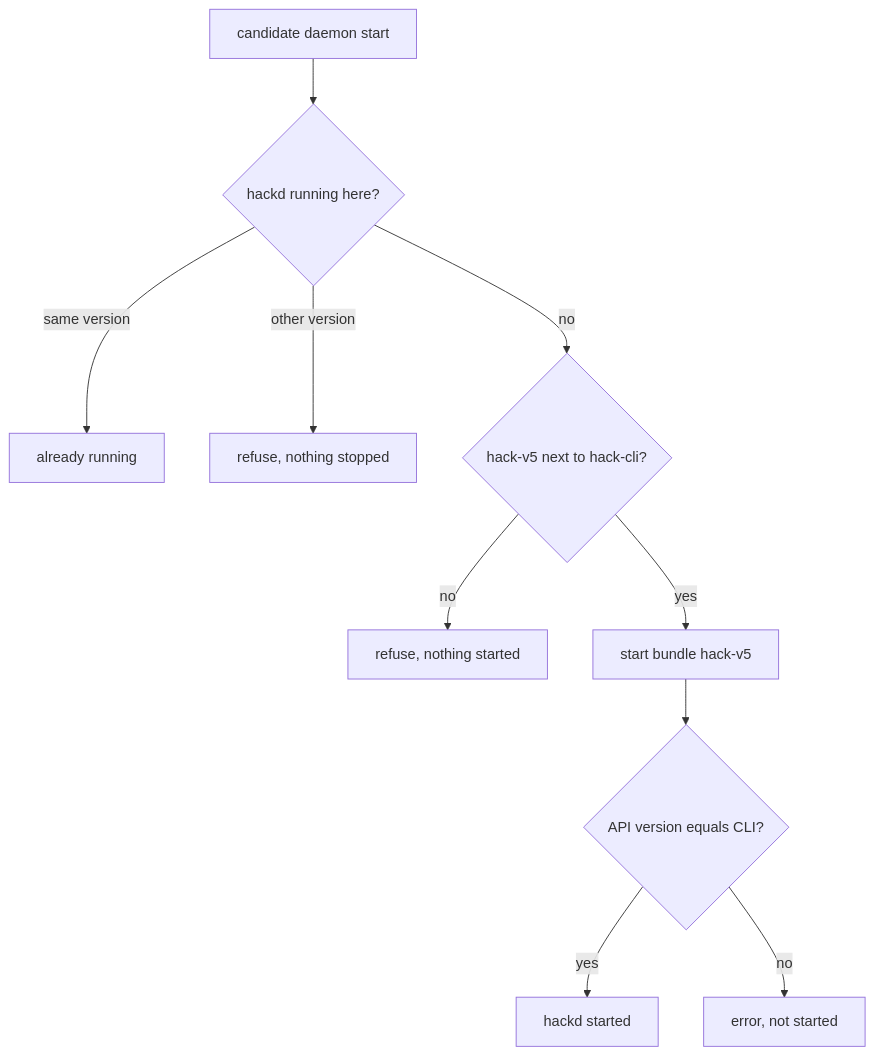
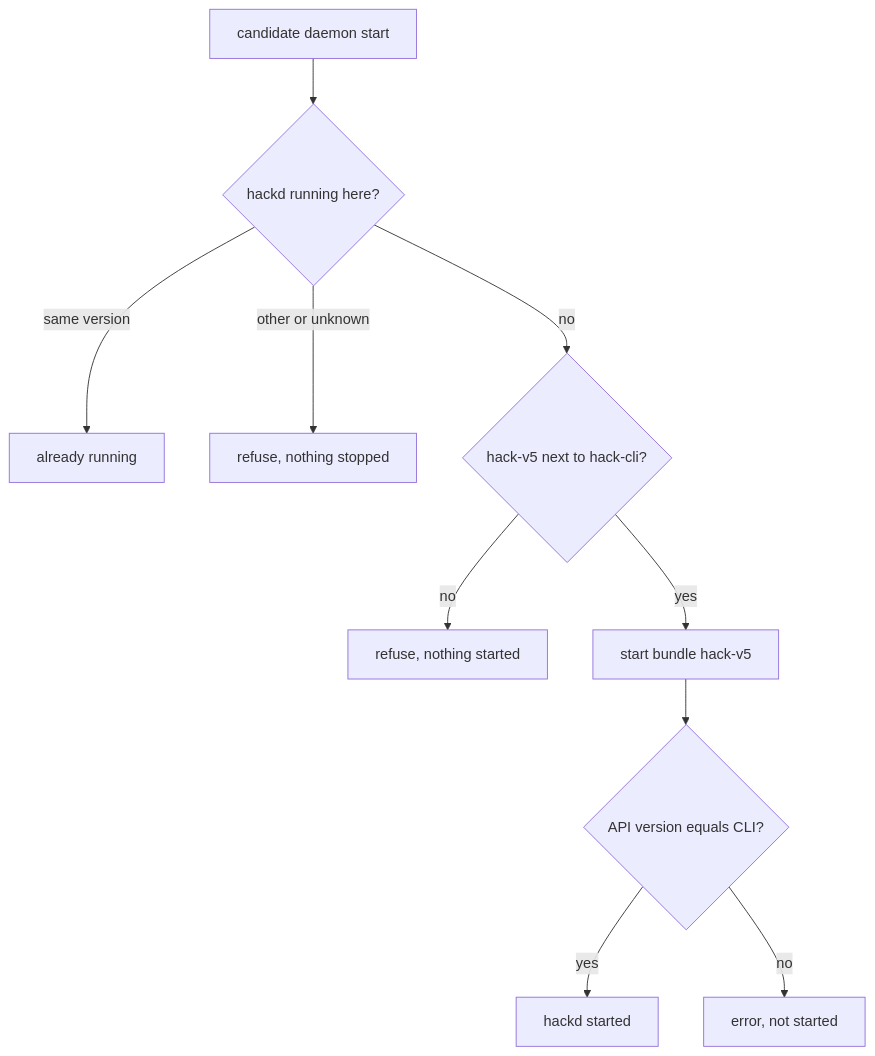
The second of 2 diagrams in docs/versions/v5/upgrade.md (hack-dance/hack), drawn with Mermaid before and after one commit. The commit also changed other lines of this file and 4 other files, not shown here.

````diff
--- a/docs/versions/v5/upgrade.md
+++ b/docs/versions/v5/upgrade.md
@@ -143,12 +145,12 @@
 ```mermaid
 flowchart TD
   Start[candidate daemon start] --> Running{hackd running here?}
   Running -->|same version| Already[already running]
-  Running -->|other version| Refuse1[refuse, nothing stopped]
+  Running -->|other or unknown| Refuse1[refuse, nothing stopped]
   Running -->|no| Launcher{hack-v5 next to hack-cli?}
   Launcher -->|no| Refuse2[refuse, nothing started]
   Launcher -->|yes| Spawn[start bundle hack-v5]
   Spawn --> Check{API version equals CLI?}
   Check -->|yes| Started[hackd started]
   Check -->|no| Fail[error, not started]
 ```
````
